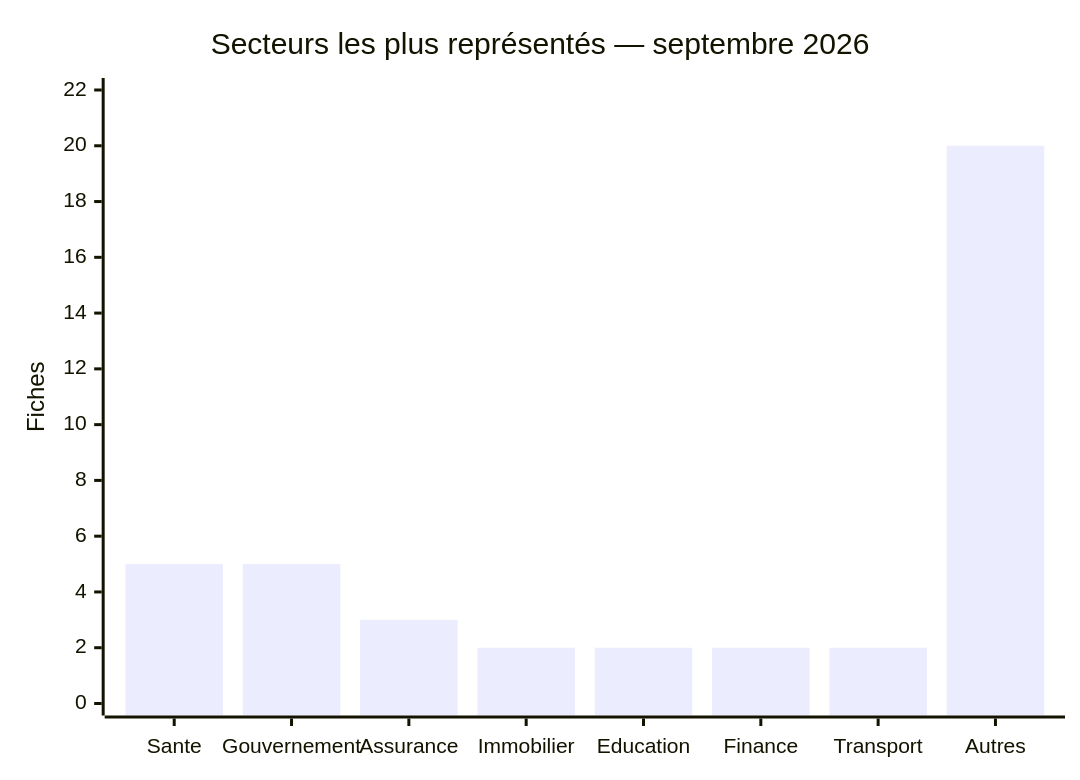
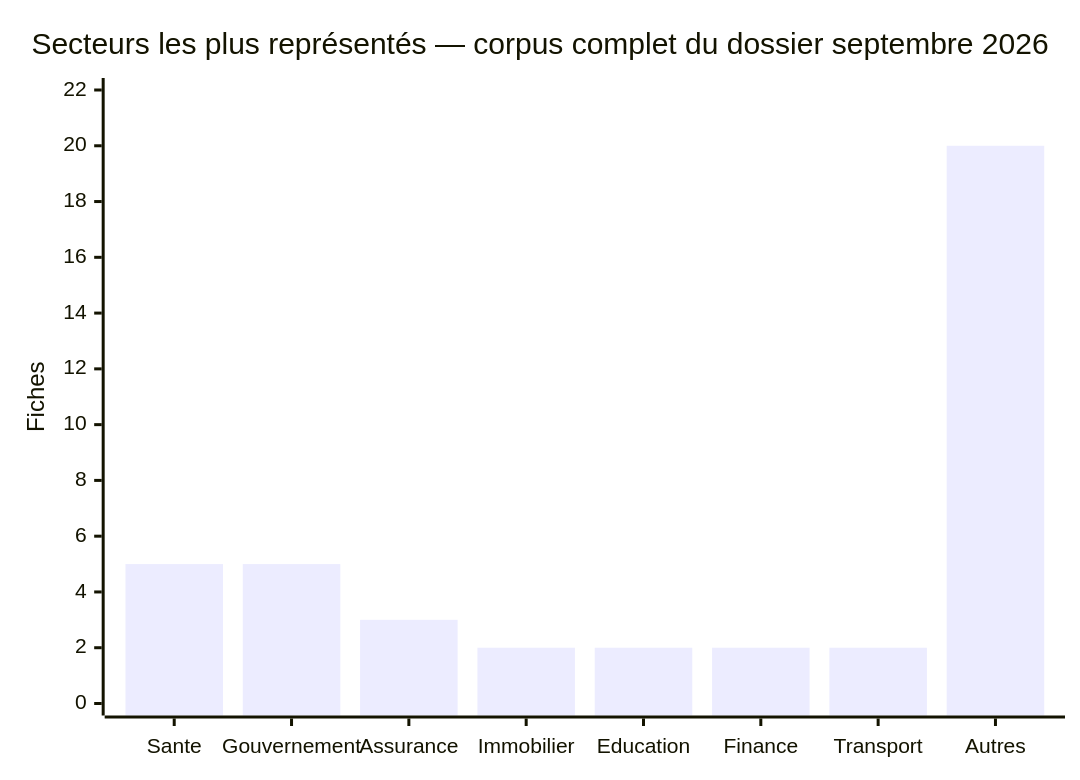
One commit to Hatchepsoute/AFRINTEL changed the sixth of 10 diagrams in CyberAttackAfrica/2026/09-september/README_FR.md. Above: the diagram before and after it, drawn with Mermaid. The commit also changed other lines of this file and 30 other files, not shown here.

````diff
--- a/CyberAttackAfrica/2026/09-september/README_FR.md
+++ b/CyberAttackAfrica/2026/09-september/README_FR.md
@@ -140,7 +190,7 @@
 ```mermaid
 xychart-beta
-    title "Secteurs les plus représentés — septembre 2026"
+    title "Secteurs les plus représentés — corpus complet du dossier septembre 2026"
     x-axis [Sante, Gouvernement, Assurance, Immobilier, Education, Finance, Transport, Autres]
     y-axis "Fiches" 0 --> 22
     bar [5, 5, 3, 2, 2, 2, 2, 20]
 ```
````
